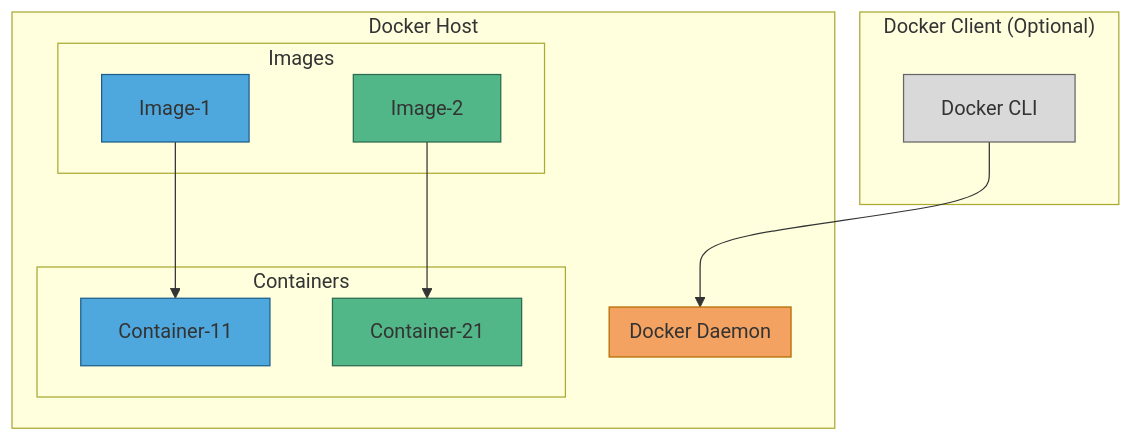
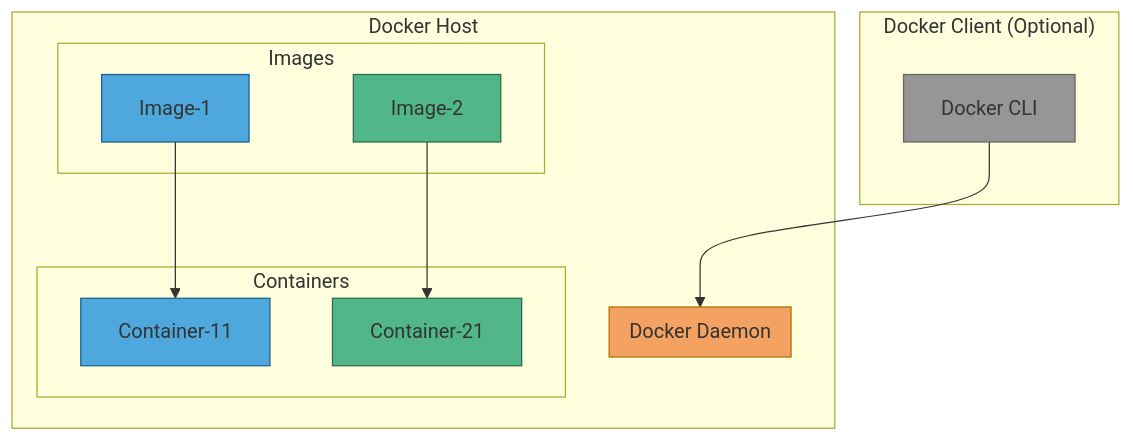
The second of 2 diagrams in content/posts/training/Docker/2025-docker-in-a-weekend/01-docker-basics/index.md (rtdevx/rtdevx.github.io), drawn with Mermaid before and after one commit.

Commit message:
Obsidian sync: 2026-04-15 11:46:33

```diff
--- a/content/posts/training/Docker/2025-docker-in-a-weekend/01-docker-basics/index.md
+++ b/content/posts/training/Docker/2025-docker-in-a-weekend/01-docker-basics/index.md
@@ -187,46 +187,46 @@
 {{< mermaid >}}
 
 flowchart TB
 
     %% --- Structure ---
     subgraph Client["Docker Client (Optional)"]
         CLI["Docker CLI"]
     end
 
     subgraph Host["Docker Host"]
         subgraph Daemon["Docker Daemon"]
         end
 
         subgraph Images["Images"]
             Img1["Image-1"]
             Img2["Image-2"]
         end
 
         subgraph Containers["Containers"]
             C11["Container-11"]
             C21["Container-21"]
         end
     end
 
     CLI --> Daemon
     Img1 --> C11
     Img2 --> C21
 
     %% --- Styling ---
-    classDef client fill:#d9d9d9,stroke:#666,stroke-width:1px;
+    classDef client fill:#969696,stroke:#666,stroke-width:1px;
     classDef daemon fill:#f4a261,stroke:#b36b00,stroke-width:1px;
     classDef imgBlue fill:#4ea8de,stroke:#1d5f8a,stroke-width:1px;
     classDef imgGreen fill:#52b788,stroke:#2d6a4f,stroke-width:1px;
     classDef contBlue fill:#4ea8de,stroke:#1d5f8a,stroke-width:1px;
     classDef contGreen fill:#52b788,stroke:#2d6a4f,stroke-width:1px;
 
     class CLI client
     class Daemon daemon
 
     class Img1 imgBlue
     class Img2 imgGreen
 
     class C11 contBlue
     class C21 contGreen
 
 {{< /mermaid >}}
```
